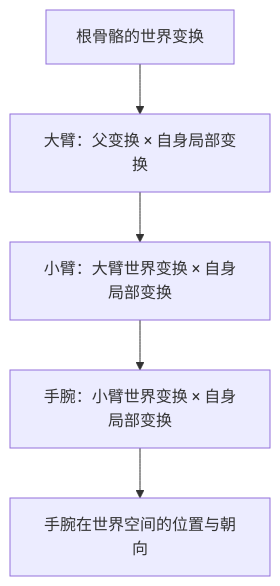
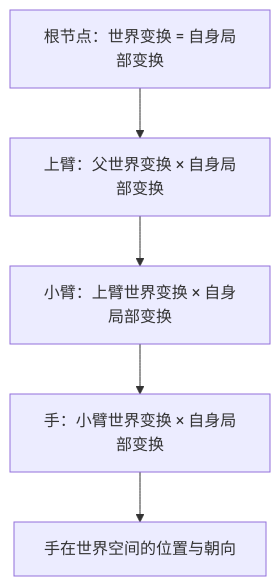
One commit to asxiuxiu/asxiuxiu_obsidian_repo changed the diagram in Notes/动画系统/旋转与变换基础/变换层级与复合变换.md. Above: the diagram before and after it, drawn with Mermaid. The commit also changed other lines of this file and 30 other files, not shown here.

````diff
--- a/Notes/动画系统/旋转与变换基础/变换层级与复合变换.md
+++ b/Notes/动画系统/旋转与变换基础/变换层级与复合变换.md
@@ -57,7 +82,7 @@
 ```mermaid
 graph TD
-    A["根骨骼的世界变换"] --> B["大臂：父变换 × 自身局部变换"]
-    B --> C["小臂：大臂世界变换 × 自身局部变换"]
-    C --> D["手腕：小臂世界变换 × 自身局部变换"]
-    D --> E["手腕在世界空间的位置与朝向"]
+    A["根节点：世界变换 = 自身局部变换"] --> B["上臂：父世界变换 × 自身局部变换"]
+    B --> C["小臂：上臂世界变换 × 自身局部变换"]
+    C --> D["手：小臂世界变换 × 自身局部变换"]
+    D --> E["手在世界空间的位置与朝向"]
 ```
````
